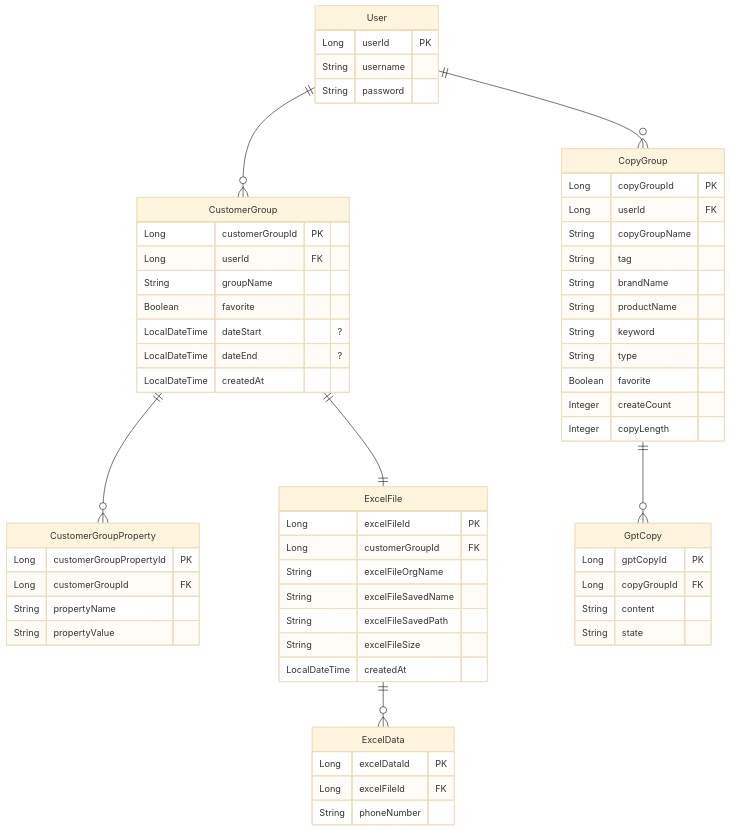
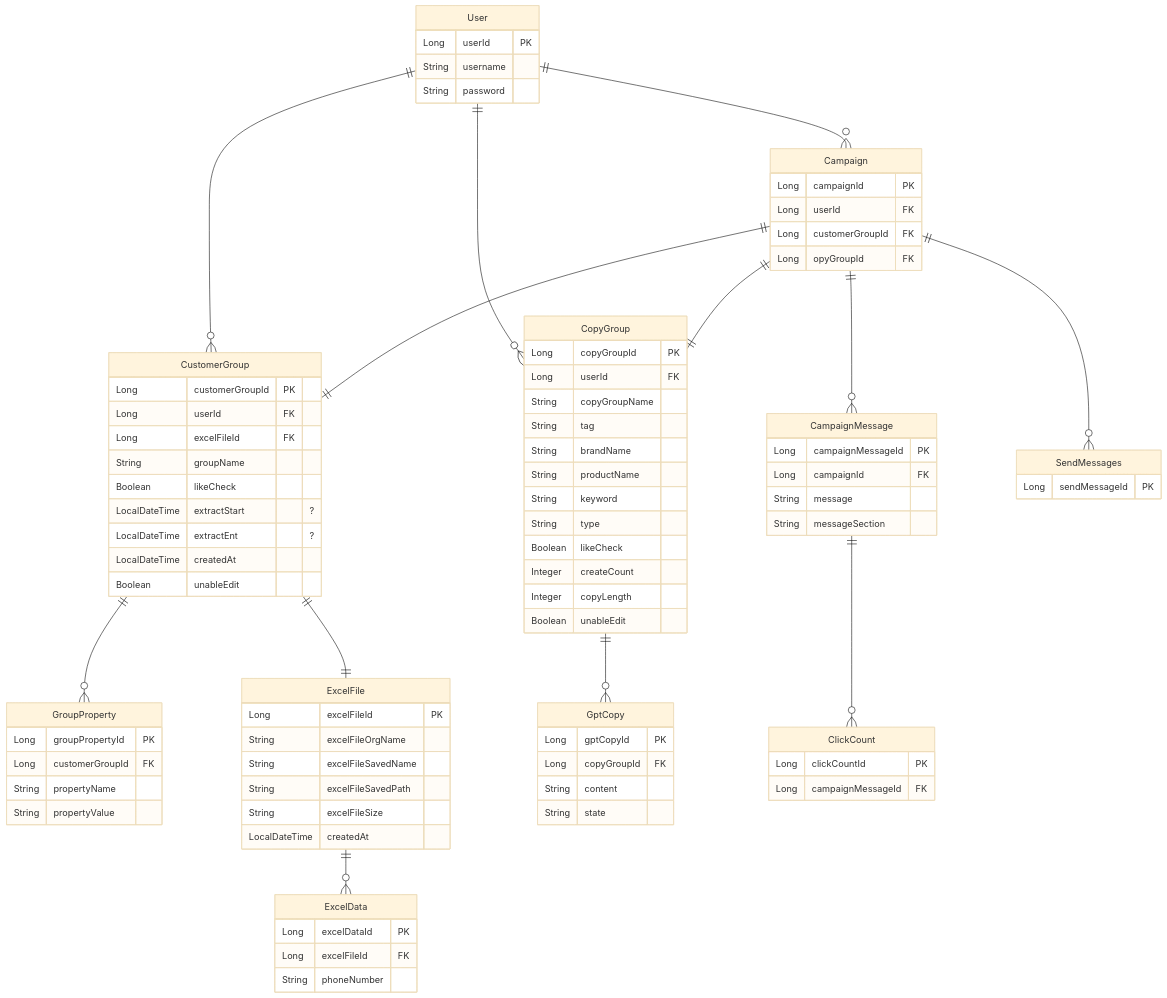
One commit to swcamp-teamP03/Backend changed the diagram in README.md. Above: the diagram before and after it, drawn with Mermaid (base theme).

````diff
--- a/README.md
+++ b/README.md
@@ -87,10 +87,17 @@
 erDiagram
         User ||--o{ CustomerGroup : ""
         User ||--o{ CopyGroup : ""
-	CustomerGroup  ||--o{ CustomerGroupProperty : ""
+	User ||--o{ Campaign : ""
+	CustomerGroup  ||--o{ GroupProperty : ""
 	CustomerGroup ||--|| ExcelFile : ""
 	ExcelFile ||--o{ ExcelData : ""
 	CopyGroup ||--o{ GptCopy : ""
+	Campaign ||--o{ CampaignMessage : ""
+	Campaign ||--o{ SendMessages : ""
+	Campaign ||--|| CustomerGroup : ""
+	Campaign ||--|| CopyGroup : ""
+	CampaignMessage ||--o{ ClickCount : ""
+
 	User {
 		Long userId PK
 		String username
@@ -99,21 +106,22 @@
 	CustomerGroup {
 		Long customerGroupId PK
                 Long userId FK
+		Long excelFileId FK
 		String groupName
-		Boolean favorite
-		LocalDateTime dateStart "?"
-		LocalDateTime dateEnd "?"
+		Boolean likeCheck
+		LocalDateTime extractStart "?"
+		LocalDateTime extractEnt"?"
 		LocalDateTime createdAt
+		Boolean unableEdit
 	}
-        CustomerGroupProperty {
-		Long customerGroupPropertyId PK
+	GroupProperty {
+		Long groupPropertyId PK
 		Long customerGroupId FK
 		String propertyName
 		String propertyValue
 	}
 	ExcelFile {
 		Long excelFileId PK
-		Long customerGroupId FK
 		String excelFileOrgName
 		String excelFileSavedName
 		String excelFileSavedPath
@@ -134,9 +142,10 @@
 		String productName
 		String keyword
 		String type
-		Boolean favorite
+		Boolean likeCheck
 		Integer createCount
 		Integer copyLength
+		Boolean unableEdit
 	}
 	GptCopy {
 		Long gptCopyId PK
@@ -144,4 +153,23 @@
 		String content
 		String state
 	}
+	Campaign {
+		Long campaignId PK
+		Long userId FK
+		Long customerGroupId FK
+		Long opyGroupId FK 
+	}
+	CampaignMessage {
+		Long campaignMessageId PK
+		Long campaignId FK
+		String message
+		String messageSection
+	}
+	SendMessages {
+		Long sendMessageId PK
+	}
+	ClickCount {
+		Long clickCountId PK
+		Long campaignMessageId FK
+	}
 ```
````
